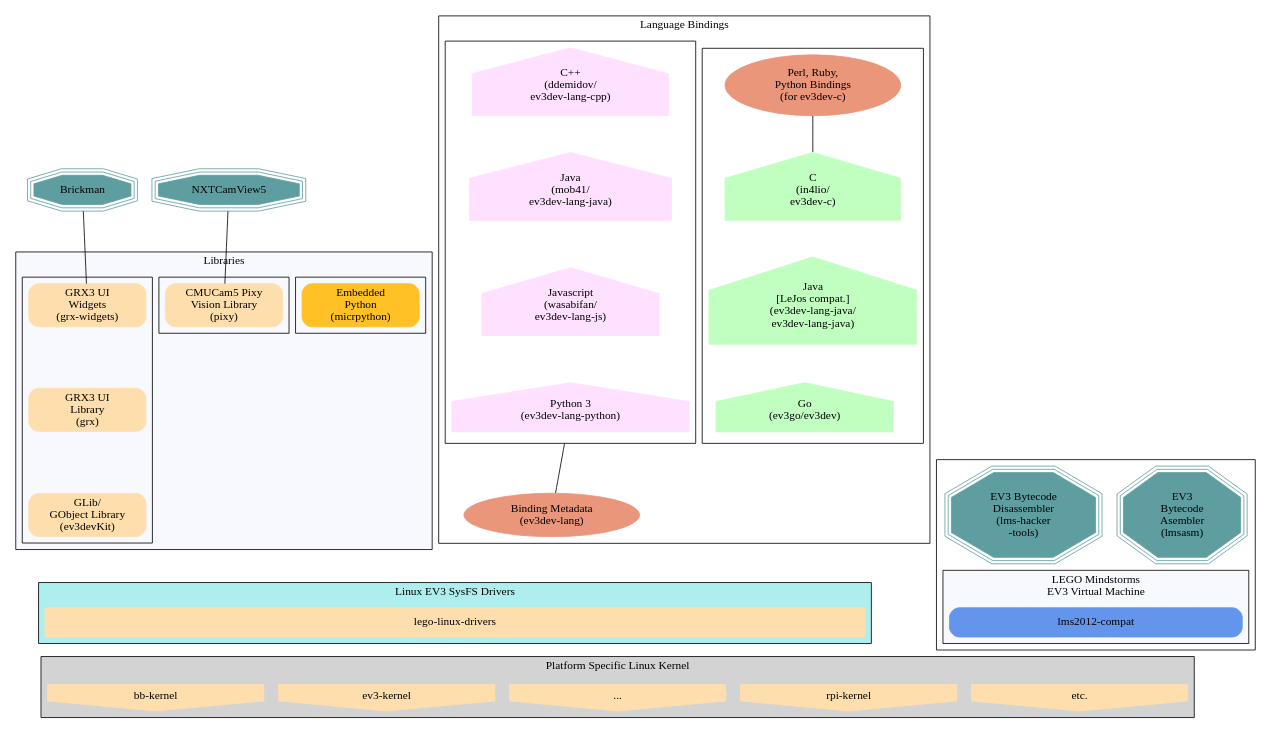
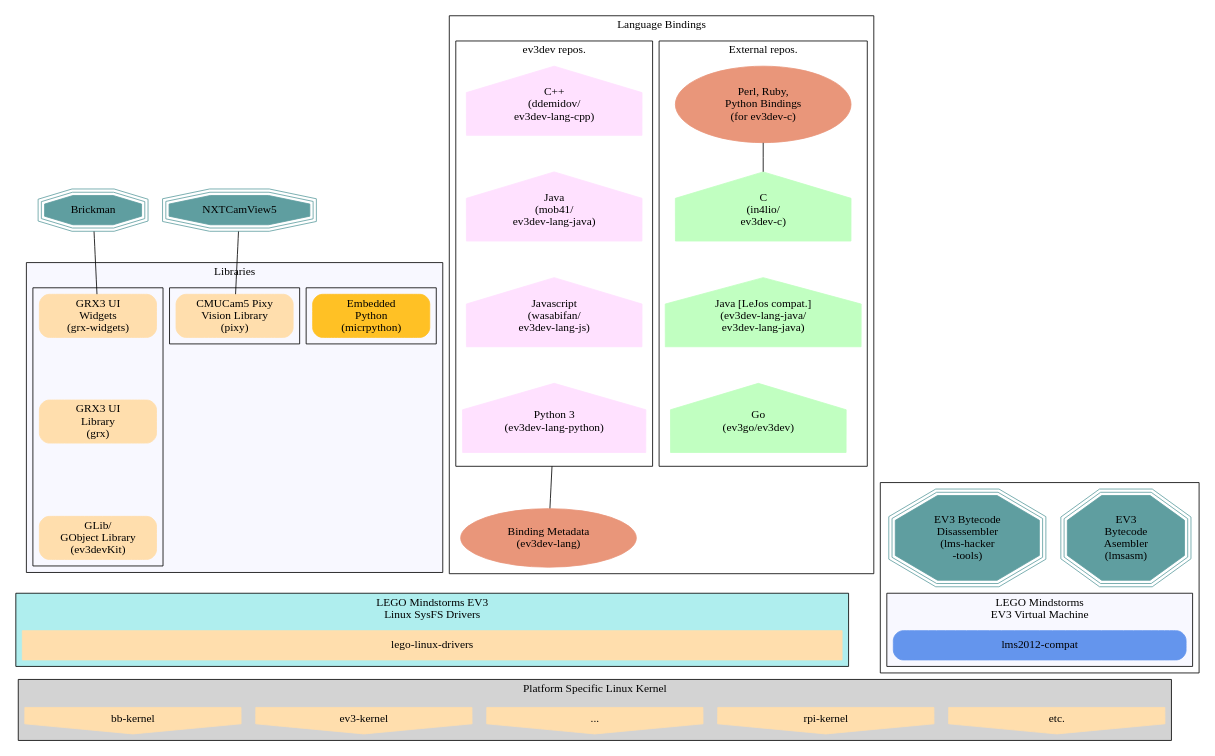
Before and after one commit to ev3dev/edu-docs: the diagram in images/ev3dev-software-stack.dot, drawn with Graphviz.

Commit message:
Updated layout (node height)

```diff
--- a/images/ev3dev-software-stack.dot
+++ b/images/ev3dev-software-stack.dot
@@ -1,109 +1,109 @@
 graph G {
 	compound=true;
 	arrowType=none;
 	node [shape=rect];
 	edge [penwidth=0,minlen=1];
 
 	rank = same; 
 	node [shape=tripleoctagon,style="filled",color=cadetblue,width=1];
 	"NXTCamView5" "Brickman";
 
 	subgraph cluster_10 {
 		node [shape=tripleoctagon,style="filled",color=cadetblue,width=2];
 		"EV3\nBytecode\nAsembler\n(lmsasm)"; "EV3 Bytecode\nDisassembler\n(lms-hacker\n-tools)";
 
 		subgraph cluster_9 {
 			style=filled;
 			fillcolor=ghostwhite;
 			label="LEGO Mindstorms\nEV3 Virtual Machine";
 			node [shape=rect,style="filled,rounded",color=cornflowerblue,width=5];
 			"lms2012-compat";
 		};
 		{"EV3\nBytecode\nAsembler\n(lmsasm)" "EV3 Bytecode\nDisassembler\n(lms-hacker\n-tools)"}--"lms2012-compat";
 	};
 	
 	
 	subgraph cluster_8 {
 		style=filled;
 		fillcolor=ghostwhite;
 		label="Libraries";
 
 		subgraph cluster_5 {
 		    label="";
 			node [shape=rect,style="filled,rounded",color=navajowhite,width=2];
 			"GRX3 UI\nWidgets\n(grx-widgets)"--"GRX3 UI\nLibrary\n(grx)"
 			--"GLib/\nGObject Library\n(ev3devKit)";
 			edge [penwidth=1];
 		};
 		subgraph cluster_6 {
 		    label="";
 			node [shape=rect,style="filled,rounded",color=navajowhite,width=2];
 			"CMUCam5 Pixy\nVision Library\n(pixy)";
 			edge [penwidth=1];
 		};
 
 		subgraph cluster_7 {
 		    label="";
 			node [shape=rect,style="filled,rounded",color=goldenrod1,width=2];
 			"Embedded\nPython\n(micrpython)";
 			edge [penwidth=1];
 		};
 	
 	};
 
 	subgraph cluster_4 {
 		label="Language Bindings";
 
 		subgraph cluster_3 {
-		    label="";
-			node [shape=house,style=filled,color=darkseagreen1,width=3];
+		    label="External repos.";
+			node [shape=house,style=filled,color=darkseagreen1,width=3,height=1.3];
 			"C\n(in4lio/\nev3dev-c)"-- 
-			"Java\n[LeJos compat.]\n(ev3dev-lang-java/\nev3dev-lang-java)"--
+			"Java [LeJos compat.]\n(ev3dev-lang-java/\nev3dev-lang-java)"--
 			"Go\n(ev3go/ev3dev)";
-			node [shape=oval,style=filled,color=darksalmon,width=3];
+			node [shape=oval,style=filled,color=darksalmon,width=3,height=1.3];
 			edge [penwidth=1];
 			"Perl, Ruby,\nPython Bindings\n(for ev3dev-c)"--"C\n(in4lio/\nev3dev-c)";
 		}
 		subgraph cluster_2 {
-		    label="";
-			node [shape=house,style=filled,color=thistle1,width=3];
+		    label="ev3dev repos.";
+			node [shape=house,style=filled,color=thistle1,width=3,height=1.3];
 			"C++\n(ddemidov/\nev3dev-lang-cpp)"--"Java\n(mob41/\nev3dev-lang-java)"--
 			"Javascript\n(wasabifan/\nev3dev-lang-js)"--"Python 3\n(ev3dev-lang-python)";
 		};
-			node [shape=oval,style=filled,color=darksalmon,width=3];
+			node [shape=oval,style=filled,color=darksalmon,width=3,height=1];
 			"Binding Metadata\n(ev3dev-lang)";
 	};
 	
 	subgraph cluster_1 {
+		label = "LEGO Mindstorms EV3\nLinux SysFS Drivers";
 		style=filled;
 		fillcolor=paleturquoise;
 		node [shape=rect,style=filled,color=navajowhite,width=14];
 		"lego-linux-drivers"
-		label = "Linux EV3 SysFS Drivers";
 
 	};
 	subgraph cluster_0 {
+		label = "Platform Specific Linux Kernel";
 		style=filled;
 		fillcolor=lightgrey;
 		node [style=filled,color=navajowhite, shape=invhouse,width=3.7];
 		rank = same; "etc."; "rpi-kernel"; "..."; "ev3-kernel"; "bb-kernel"; 
-		label = "Platform Specific Linux Kernel";
 	};
 
 	edge [penwidth=1];
 	"Brickman"--"GRX3 UI\nWidgets\n(grx-widgets)";
 	"NXTCamView5"--"CMUCam5 Pixy\nVision Library\n(pixy)";
 	"Python 3\n(ev3dev-lang-python)"--"Binding Metadata\n(ev3dev-lang)" [ltail=cluster_2];
 
 	edge [penwidth=0];
 	
 	"lego-linux-drivers"--"..." [ltail=cluster_1,lhead=cluster_0];
 
 	"Go\n(ev3go/ev3dev)"--"lego-linux-drivers" [ltail=cluster_3,lhead=cluster_1];
 	"Binding Metadata\n(ev3dev-lang)"--"lego-linux-drivers" [ltail=cluster_2,lhead=cluster_1];
 	"GLib/\nGObject Library\n(ev3devKit)"--"lego-linux-drivers" [ltail=cluster_5,lhead=cluster_1];
 	"CMUCam5 Pixy\nVision Library\n(pixy)"--"lego-linux-drivers" [ltail=cluster_6,lhead=cluster_1];
 	"Embedded\nPython\n(micrpython)"--"lego-linux-drivers" [ltail=cluster_7,lhead=cluster_1];
 
 	"lms2012-compat"--"..." [ltail=cluster_10,lhead=cluster_0];
 }
```
